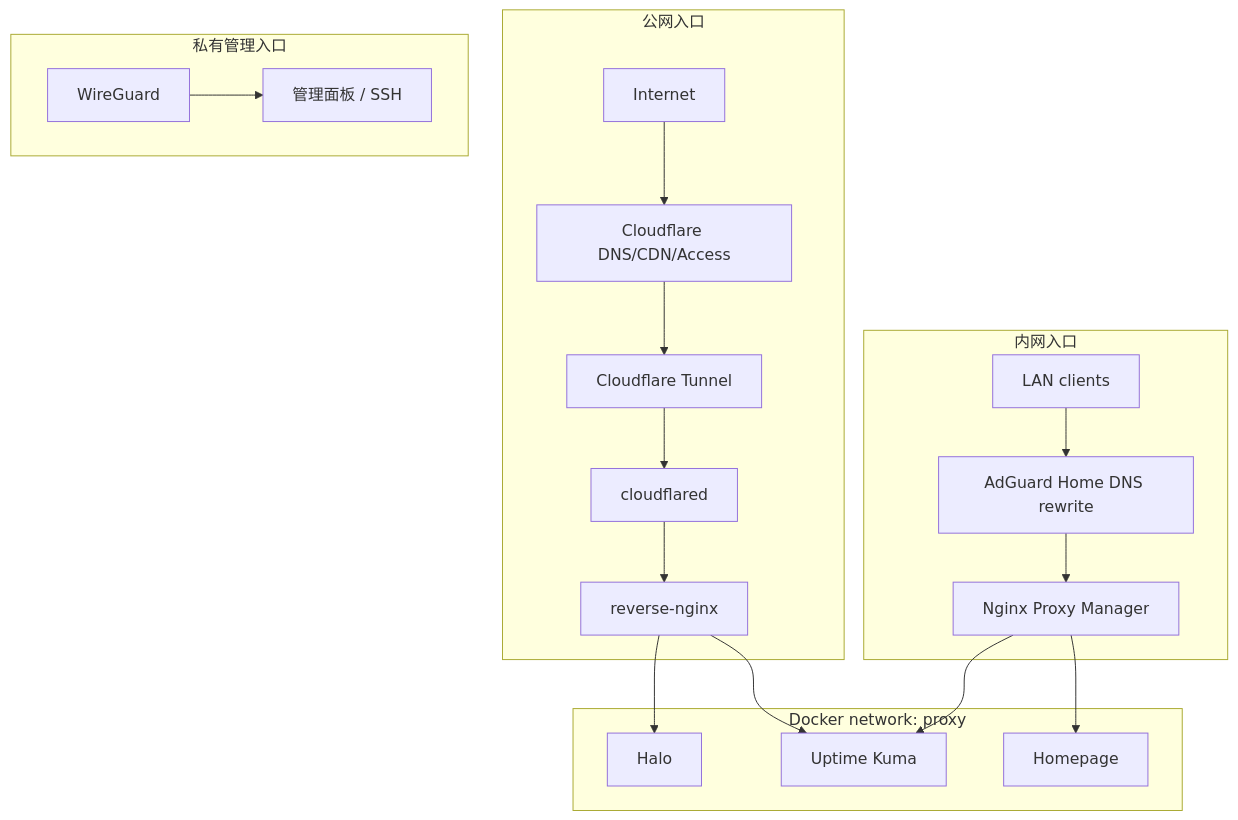
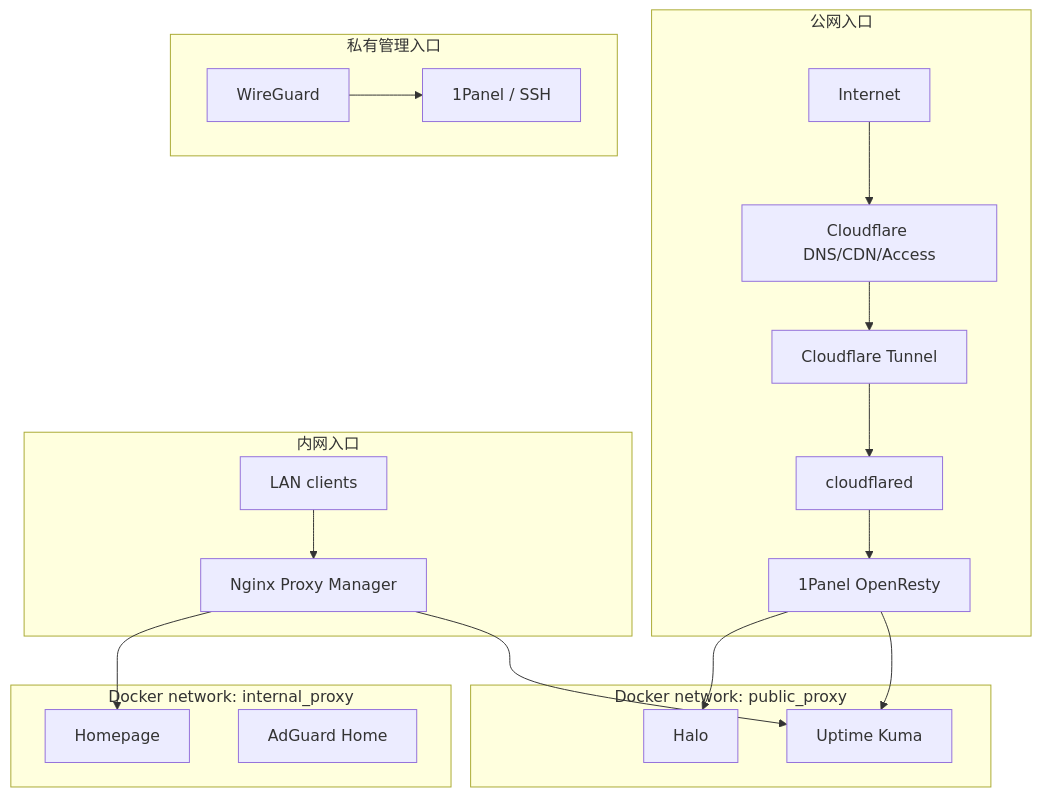
Before and after one commit to ryoo2001/homelab-infra: the diagram in docs/dual-nginx-design.md, drawn with Mermaid. The commit also changed other lines of this file and 3 other files, not shown here.

````diff
--- a/docs/dual-nginx-design.md
+++ b/docs/dual-nginx-design.md
@@ -26,37 +28,43 @@
 ```mermaid
 flowchart TB
   subgraph Public["公网入口"]
     internet[Internet]
     cf[Cloudflare DNS/CDN/Access]
     tunnel[Cloudflare Tunnel]
     cloudflared[cloudflared]
-    reverse[reverse-nginx]
+    openresty[1Panel OpenResty]
   end
 
   subgraph Internal["内网入口"]
     lan[LAN clients]
-    adguard[AdGuard Home DNS rewrite]
     npm[Nginx Proxy Manager]
   end
 
   subgraph Private["私有管理入口"]
-    ts[WireGuard]
-    mgmt[管理面板 / SSH]
+    wg[WireGuard]
+    mgmt[1Panel / SSH]
   end
 
-  subgraph Proxy["Docker network: proxy"]
-    reverse
-    npm
+  subgraph PublicProxy["Docker network: public_proxy"]
+    cloudflared
+    openresty
     halo[Halo]
     kuma[Uptime Kuma]
-    homepage[Homepage]
   end
 
-  internet --> cf --> tunnel --> cloudflared --> reverse
-  lan --> adguard --> npm
-  ts --> mgmt
-  reverse --> halo
-  reverse --> kuma
+  subgraph InternalProxy["Docker network: internal_proxy"]
+    npm
+    homepage[Homepage]
+    adguard[AdGuard Home]
+    halo
+    kuma
+  end
+
+  internet --> cf --> tunnel --> cloudflared --> openresty
+  lan --> npm
+  wg --> mgmt
+  openresty --> halo
+  openresty --> kuma
   npm --> homepage
   npm --> kuma
 ```
````
